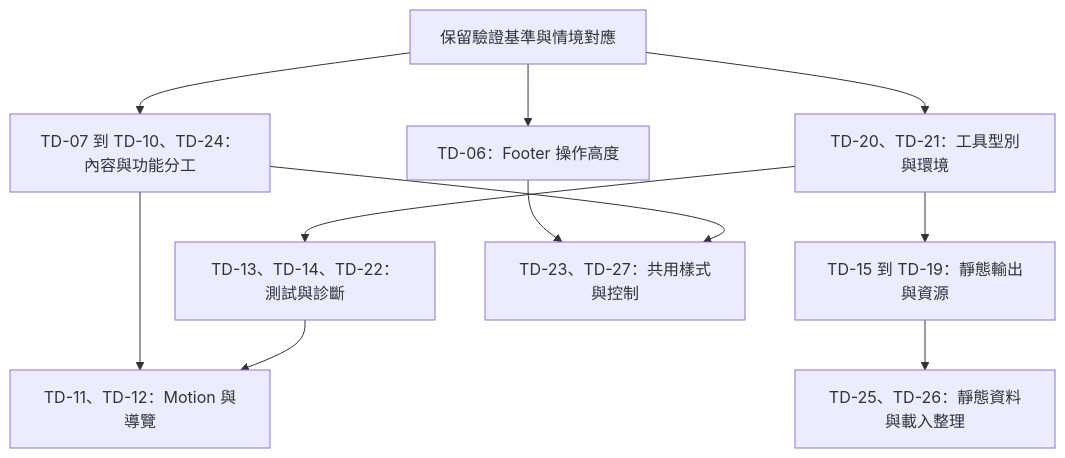
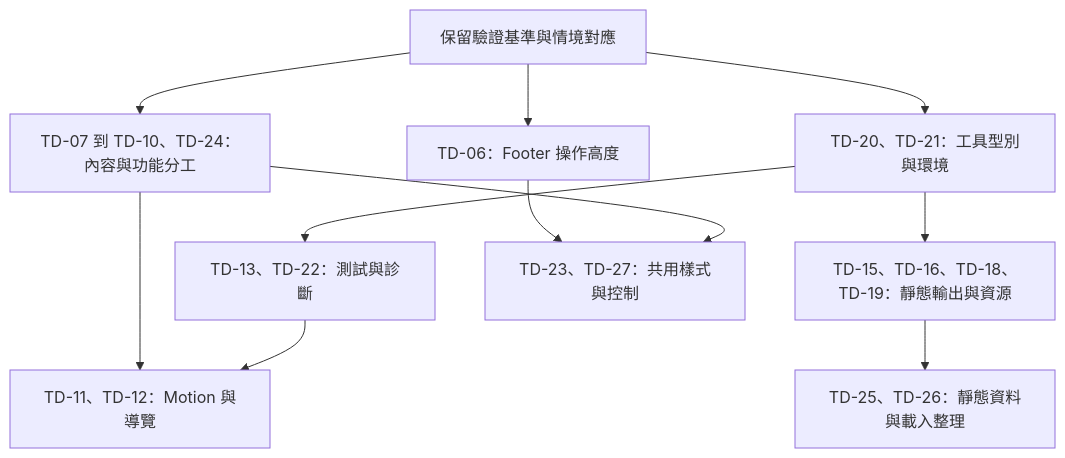
The third of 3 diagrams in docs/plans/0001-codebase-technical-debt.md (bingyangchen/bingyangchen.github.io), drawn with Mermaid before and after one commit. The commit also changed other lines of this file and 19 other files, not shown here.

````diff
--- a/docs/plans/0001-codebase-technical-debt.md
+++ b/docs/plans/0001-codebase-technical-debt.md
@@ -350,13 +332,13 @@
 ```mermaid
 flowchart TD
   baseline[保留驗證基準與情境對應] --> fixes[TD-06：Footer 操作高度]
   baseline --> tooling[TD-20、TD-21：工具型別與環境]
   baseline --> content[TD-07 到 TD-10、TD-24：內容與功能分工]
-  tooling --> tests[TD-13、TD-14、TD-22：測試與診斷]
-  tooling --> build[TD-15 到 TD-19：靜態輸出與資源]
+  tooling --> tests[TD-13、TD-22：測試與診斷]
+  tooling --> build[TD-15、TD-16、TD-18、TD-19：靜態輸出與資源]
   content --> logic[TD-11、TD-12：Motion 與導覽]
   tests --> logic
   fixes --> styles[TD-23、TD-27：共用樣式與控制]
   content --> styles
   build --> optional[TD-25、TD-26：靜態資料與載入整理]
 ```
````
